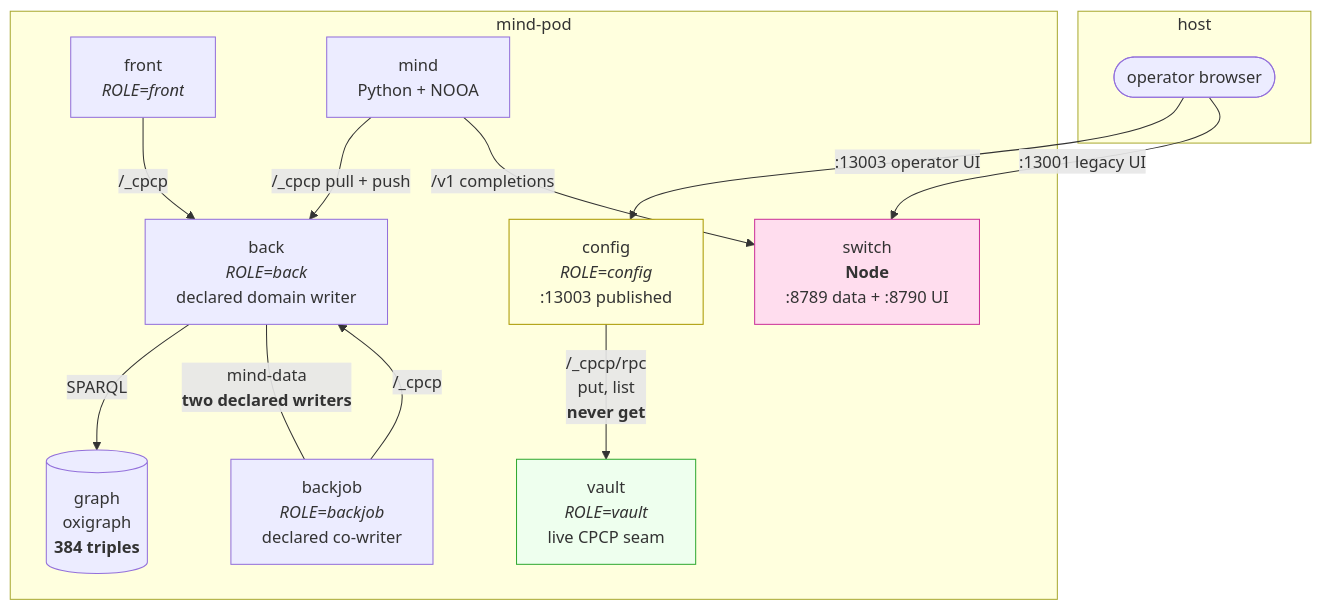
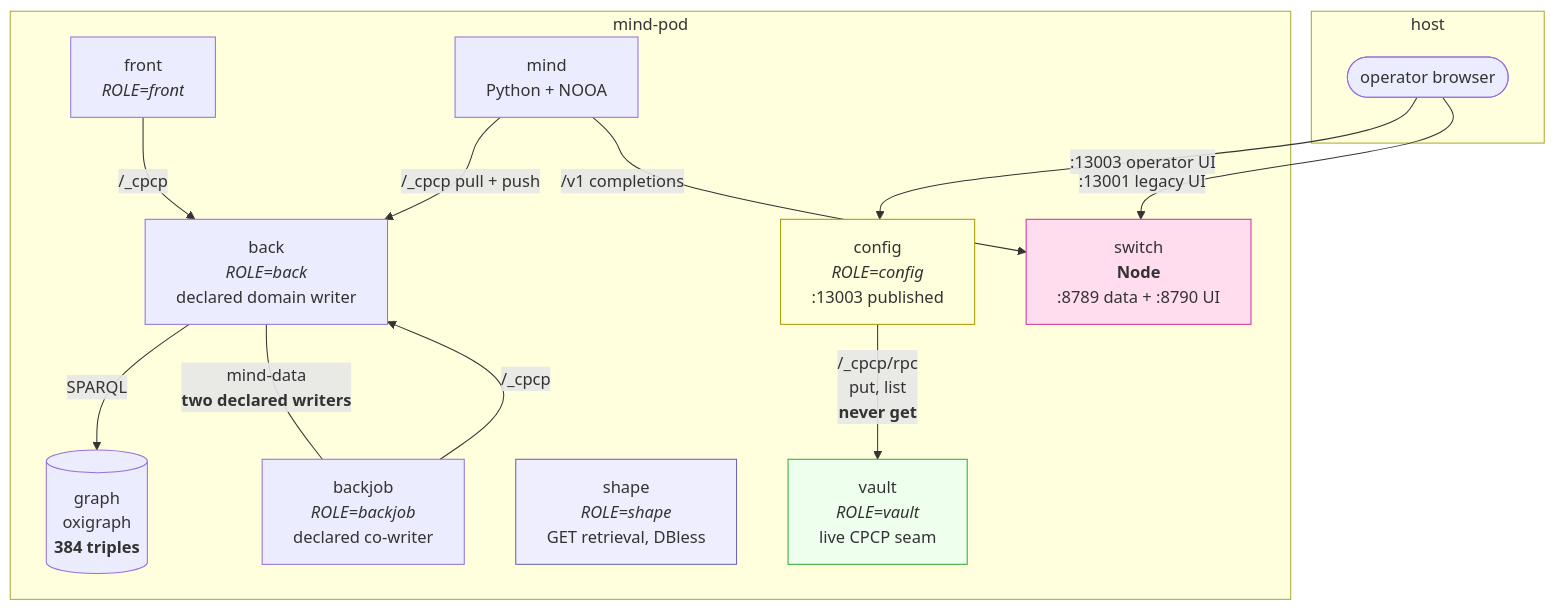
The first of 6 diagrams in docs/architecture/ContainerTopology.md (laquereric/magentic-stack), drawn with Mermaid before and after one commit. The commit also changed other lines of this file and 1 other file, not shown here.

````diff
--- a/docs/architecture/ContainerTopology.md
+++ b/docs/architecture/ContainerTopology.md
@@ -33,29 +33,31 @@
 ```mermaid
 graph TB
   subgraph host["host"]
     H(["operator browser"])
   end
   subgraph pod["mind-pod"]
     CONFIG["config<br/><i>ROLE=config</i><br/>:13003 published"]
     FRONT["front<br/><i>ROLE=front</i>"]
     BACK["back<br/><i>ROLE=back</i><br/>declared domain writer"]
     BACKJOB["backjob<br/><i>ROLE=backjob</i><br/>declared co-writer"]
     VAULT["vault<br/><i>ROLE=vault</i><br/>live CPCP seam"]
     MIND["mind<br/>Python + NOOA"]
+    SHAPE["shape<br/><i>ROLE=shape</i><br/>GET retrieval, DBless"]
     SWITCH["switch<br/><b>Node</b><br/>:8789 data + :8790 UI"]
     GRAPH[("graph<br/>oxigraph<br/><b>384 triples</b>")]
   end
   H -->|":13003 operator UI"| CONFIG
   H -->|":13001 legacy UI"| SWITCH
   CONFIG -->|"/_cpcp/rpc<br/>put, list<br/><b>never get</b>"| VAULT
   FRONT -->|"/_cpcp"| BACK
   BACKJOB -->|"/_cpcp"| BACK
   MIND -->|"/_cpcp pull + push"| BACK
   MIND -->|"/v1 completions"| SWITCH
   BACK -->|"SPARQL"| GRAPH
   BACK ---|"mind-data<br/><b>two declared writers</b>"| BACKJOB
 
   style SWITCH fill:#fde,stroke:#c39
   style VAULT fill:#efe,stroke:#3a3
   style CONFIG fill:#ffd,stroke:#a90
+  style SHAPE fill:#eef,stroke:#66a
 ```
````
